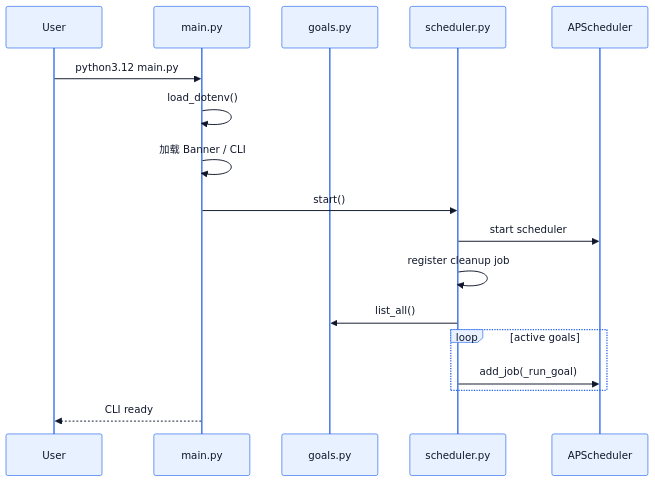
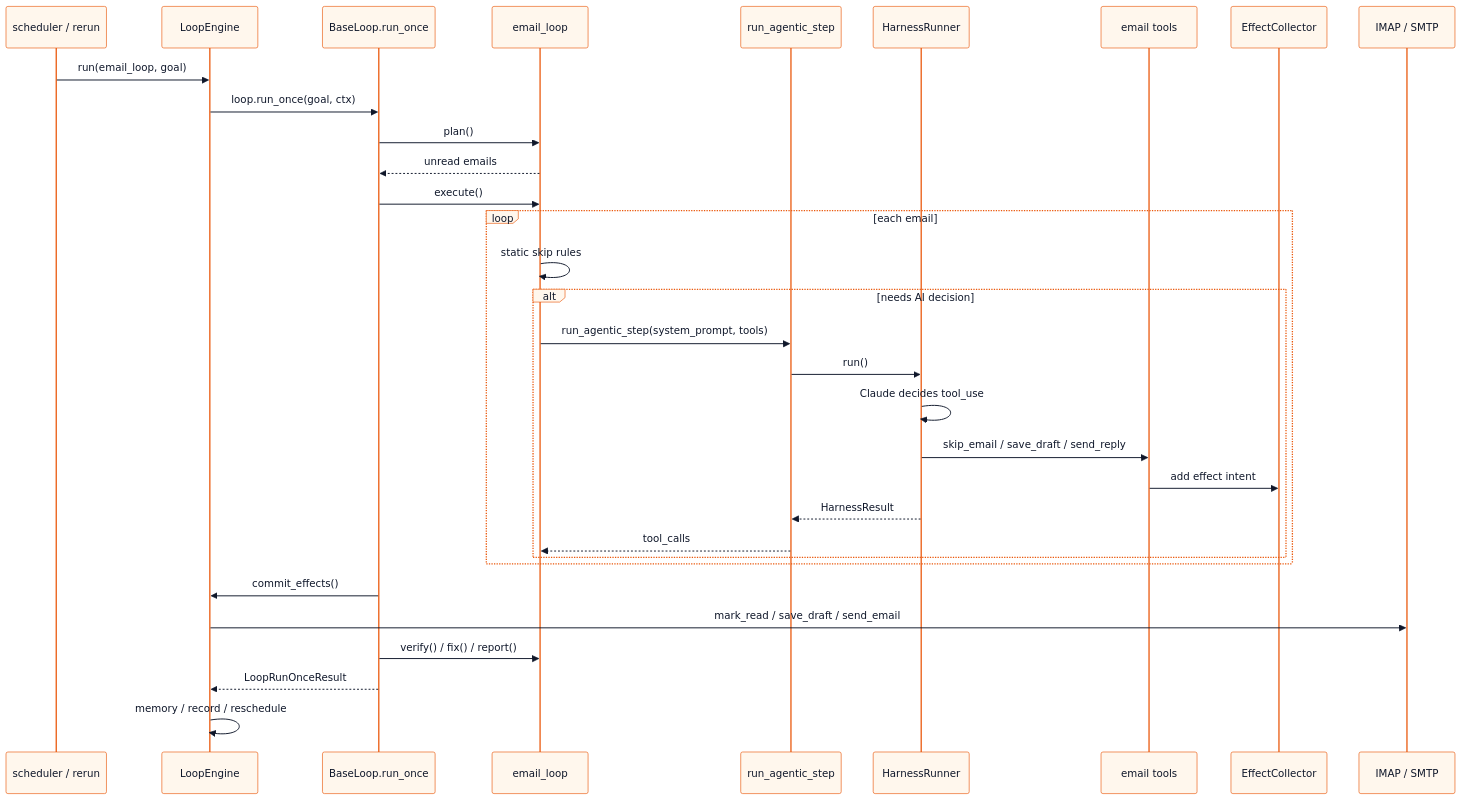
Before and after one commit to ni-shiliu/neil-control: the second of 4 diagrams in assistant/ARCHITECTURE.md, drawn with Mermaid. The commit also changed other lines of this file and 15 other files, not shown here.

````diff
--- a/assistant/ARCHITECTURE.md
+++ b/assistant/ARCHITECTURE.md
@@ -259,29 +249,43 @@
 ```mermaid
 %%{init: {"theme": "base", "themeVariables": {
-  "primaryColor": "#E8F1FF",
+  "background": "#FFFFFF",
+  "primaryColor": "#FFF7ED",
   "primaryTextColor": "#0F172A",
-  "primaryBorderColor": "#2563EB",
+  "primaryBorderColor": "#EA580C",
   "lineColor": "#475569",
-  "secondaryColor": "#ECFDF5",
-  "tertiaryColor": "#FFF7ED",
   "fontFamily": "ui-monospace, SFMono-Regular, Menlo, monospace"
 }}}%%
 sequenceDiagram
-    participant U as User
-    participant M as main.py
-    participant G as goals.py
-    participant S as scheduler.py
-    participant A as APScheduler
+    participant S as scheduler / rerun
+    participant E as LoopEngine
+    participant B as BaseLoop.run_once
+    participant L as email_loop
+    participant A as run_agentic_step
+    participant H as HarnessRunner
+    participant T as email tools
+    participant FX as EffectCollector
+    participant EXT as IMAP / SMTP
 
-    U->>M: python3.12 main.py
-    M->>M: load_dotenv()
-    M->>M: 加载 Banner / CLI
-    M->>S: start()
-    S->>A: start scheduler
-    S->>S: register cleanup job
-    S->>G: list_all()
-    loop active goals
-        S->>A: add_job(_run_goal)
+    S->>E: run(email_loop, goal)
+    E->>B: loop.run_once(goal, ctx)
+    B->>L: plan()
+    L-->>B: unread emails
+    B->>L: execute()
+    loop each email
+        L->>L: static skip rules
+        alt needs AI decision
+            L->>A: run_agentic_step(system_prompt, tools)
+            A->>H: run()
+            H->>H: Claude decides tool_use
+            H->>T: skip_email / save_draft / send_reply
+            T->>FX: add effect intent
+            H-->>A: HarnessResult
+            A-->>L: tool_calls
+        end
     end
-    M-->>U: CLI ready
+    B->>E: commit_effects()
+    E->>EXT: mark_read / save_draft / send_email
+    B->>L: verify() / fix() / report()
+    B-->>E: LoopRunOnceResult
+    E->>E: memory / record / reschedule
 ```
````
